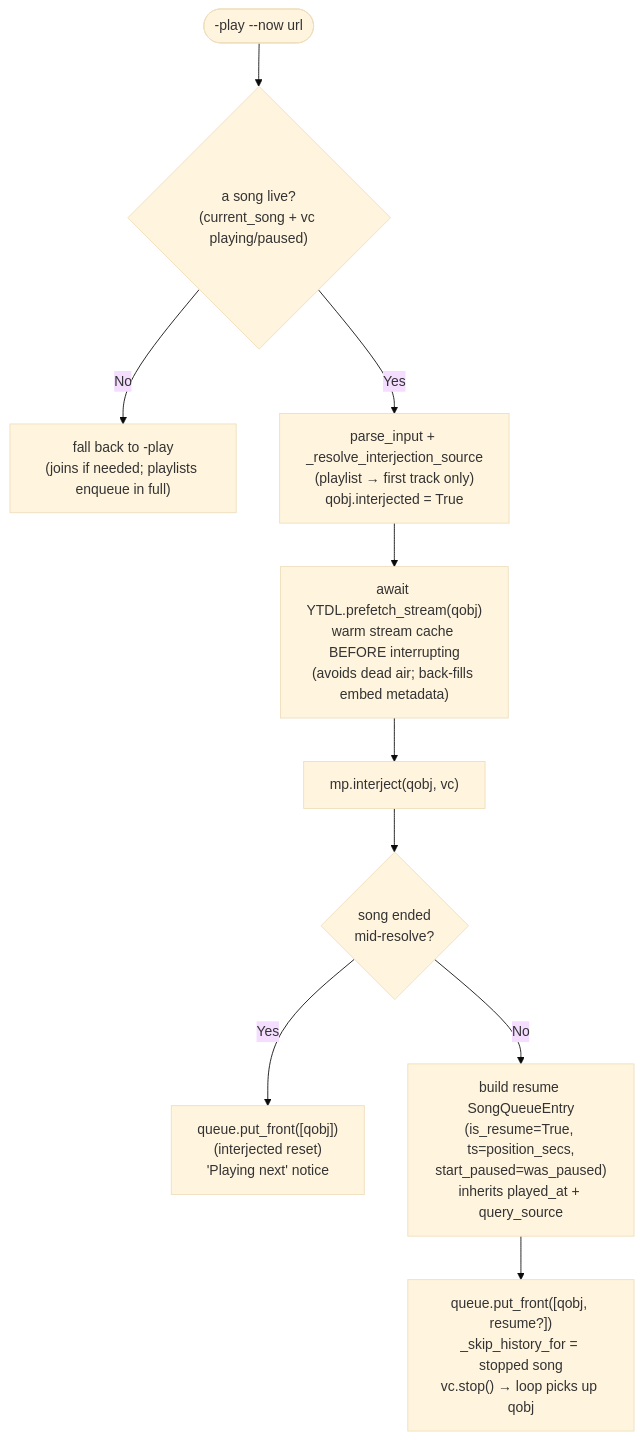
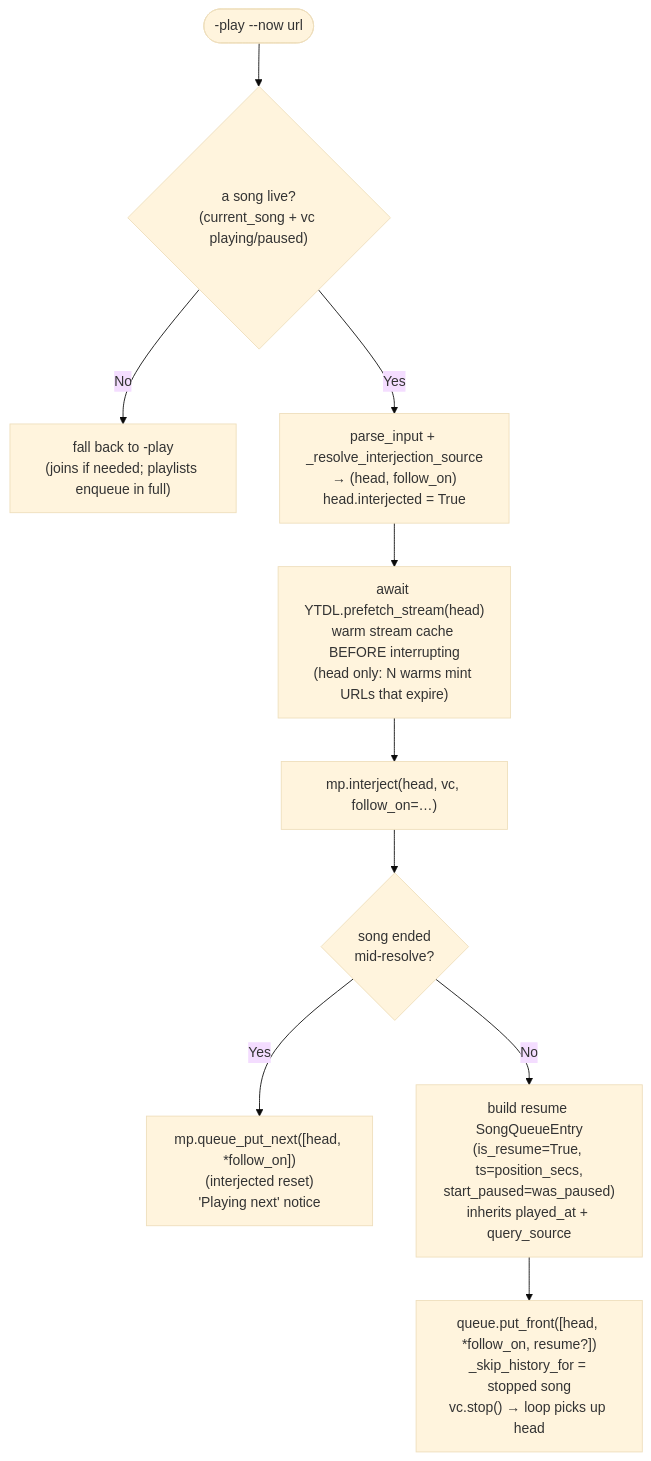
One commit to kawadeomkar/discord-music-bot changed the seventh of 15 diagrams in docs/ARCHITECTURE.md. Above: the diagram before and after it, drawn with Mermaid (base theme). The commit also changed other lines of this file and 5 other files, not shown here.

````diff
--- a/docs/ARCHITECTURE.md
+++ b/docs/ARCHITECTURE.md
@@ -466,20 +469,20 @@
 ```mermaid
 flowchart TD
     Start(["-play --now url"])
     Live{"a song live?\n(current_song + vc playing/paused)"}
     Fallback["fall back to -play\n(joins if needed; playlists enqueue in full)"]
-    Resolve["parse_input + _resolve_interjection_source\n(playlist → first track only)\nqobj.interjected = True"]
-    Warm["await YTDL.prefetch_stream(qobj)\nwarm stream cache BEFORE interrupting\n(avoids dead air; back-fills embed metadata)"]
-    Interject["mp.interject(qobj, vc)"]
+    Resolve["parse_input + _resolve_interjection_source\n→ (head, follow_on)\nhead.interjected = True"]
+    Warm["await YTDL.prefetch_stream(head)\nwarm stream cache BEFORE interrupting\n(head only: N warms mint URLs that expire)"]
+    Interject["mp.interject(head, vc, follow_on=…)"]
     Ended{"song ended\nmid-resolve?"}
-    FrontOnly["queue.put_front([qobj])\n(interjected reset)\n'Playing next' notice"]
+    FrontOnly["mp.queue_put_next([head, *follow_on])\n(interjected reset)\n'Playing next' notice"]
     Resume["build resume SongQueueEntry\n(is_resume=True, ts=position_secs,\nstart_paused=was_paused)\ninherits played_at + query_source"]
-    PutFront["queue.put_front([qobj, resume?])\n_skip_history_for = stopped song\nvc.stop() → loop picks up qobj"]
+    PutFront["queue.put_front([head, *follow_on, resume?])\n_skip_history_for = stopped song\nvc.stop() → loop picks up head"]
 
     Start --> Live
     Live -->|No| Fallback
     Live -->|Yes| Resolve --> Warm --> Interject
     Interject --> Ended
     Ended -->|Yes| FrontOnly
     Ended -->|No| Resume --> PutFront
 ```
````
